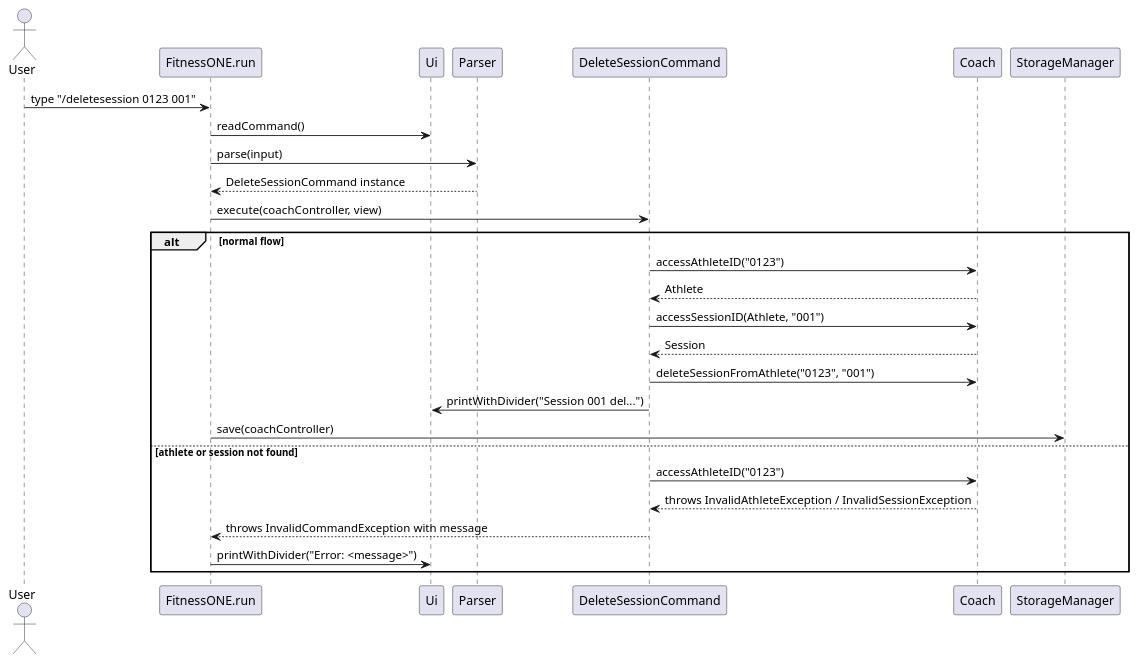
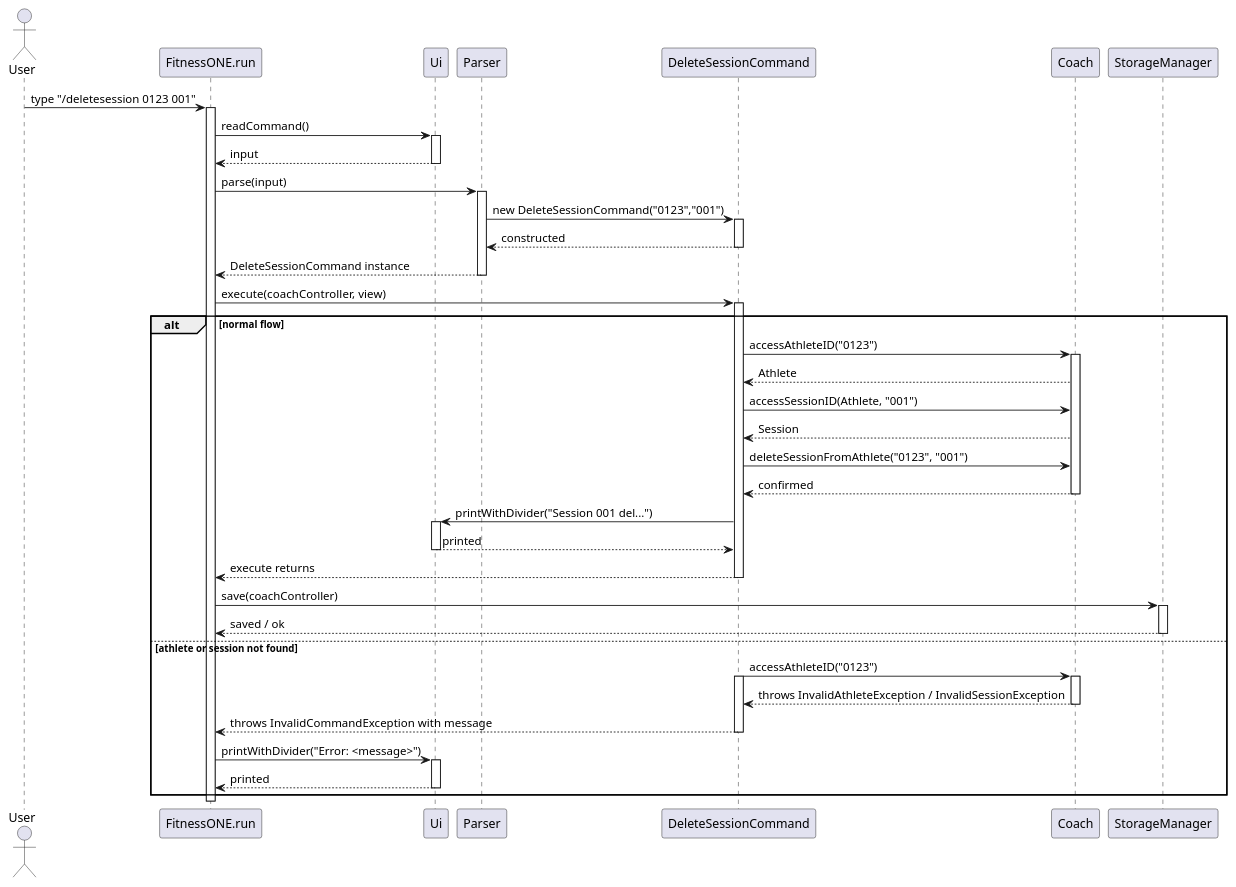
Before and after one commit to AY2526S1-CS2113-W14-1/tp: the diagram in docs/diagrams/DeleteSession_sequence.puml, drawn with PlantUML. The commit also changed 22 other files, not shown here.

Commit message:
modification after PE-dry run 1. indentation for printing new session 2. adding activation bar 3. adding exception to redundant inputs 4. adjusting inputs with extra space

```diff
--- a/docs/diagrams/DeleteSession_sequence.puml
+++ b/docs/diagrams/DeleteSession_sequence.puml
@@ -1,30 +1,71 @@
 @startuml
 actor User
 participant FitnessONE as "FitnessONE.run"
 participant Ui as "Ui"
 participant Parser as "Parser"
 participant DeleteSessionCmd as "DeleteSessionCommand"
 participant Coach as "Coach"
 participant Storage as "StorageManager"
 
 User -> FitnessONE : type "/deletesession 0123 001"
+activate FitnessONE
+
 FitnessONE -> Ui : readCommand()
+activate Ui
+Ui --> FitnessONE : input
+deactivate Ui
+
 FitnessONE -> Parser : parse(input)
+activate Parser
+' Parser constructs the command so the command's activation bar is attached to its header
+Parser -> DeleteSessionCmd ++ : new DeleteSessionCommand("0123","001")
+DeleteSessionCmd --> Parser -- : constructed
 Parser --> FitnessONE : DeleteSessionCommand instance
+deactivate Parser
+
 FitnessONE -> DeleteSessionCmd : execute(coachController, view)
+activate DeleteSessionCmd
 
 alt normal flow
     DeleteSessionCmd -> Coach : accessAthleteID("0123")
+    activate Coach
     Coach --> DeleteSessionCmd : Athlete
+
     DeleteSessionCmd -> Coach : accessSessionID(Athlete, "001")
     Coach --> DeleteSessionCmd : Session
+
     DeleteSessionCmd -> Coach : deleteSessionFromAthlete("0123", "001")
+    Coach --> DeleteSessionCmd : confirmed
+    deactivate Coach
+
     DeleteSessionCmd -> Ui : printWithDivider("Session 001 del...")
+    activate Ui
+    Ui --> DeleteSessionCmd : printed
+    deactivate Ui
+
+    DeleteSessionCmd --> FitnessONE : execute returns
+    deactivate DeleteSessionCmd
+
     FitnessONE -> Storage : save(coachController)
+    activate Storage
+    Storage --> FitnessONE : saved / ok
+    deactivate Storage
 else athlete or session not found
+
     DeleteSessionCmd -> Coach : accessAthleteID("0123")
+    activate DeleteSessionCmd
+    activate Coach
     Coach --> DeleteSessionCmd : throws InvalidAthleteException / InvalidSessionException
+    deactivate Coach
+
     DeleteSessionCmd --> FitnessONE : throws InvalidCommandException with message
+    deactivate DeleteSessionCmd
+
     FitnessONE -> Ui : printWithDivider("Error: <message>")
+    activate Ui
+    Ui --> FitnessONE : printed
+    deactivate Ui
 end
+
+deactivate FitnessONE
 @enduml
```
